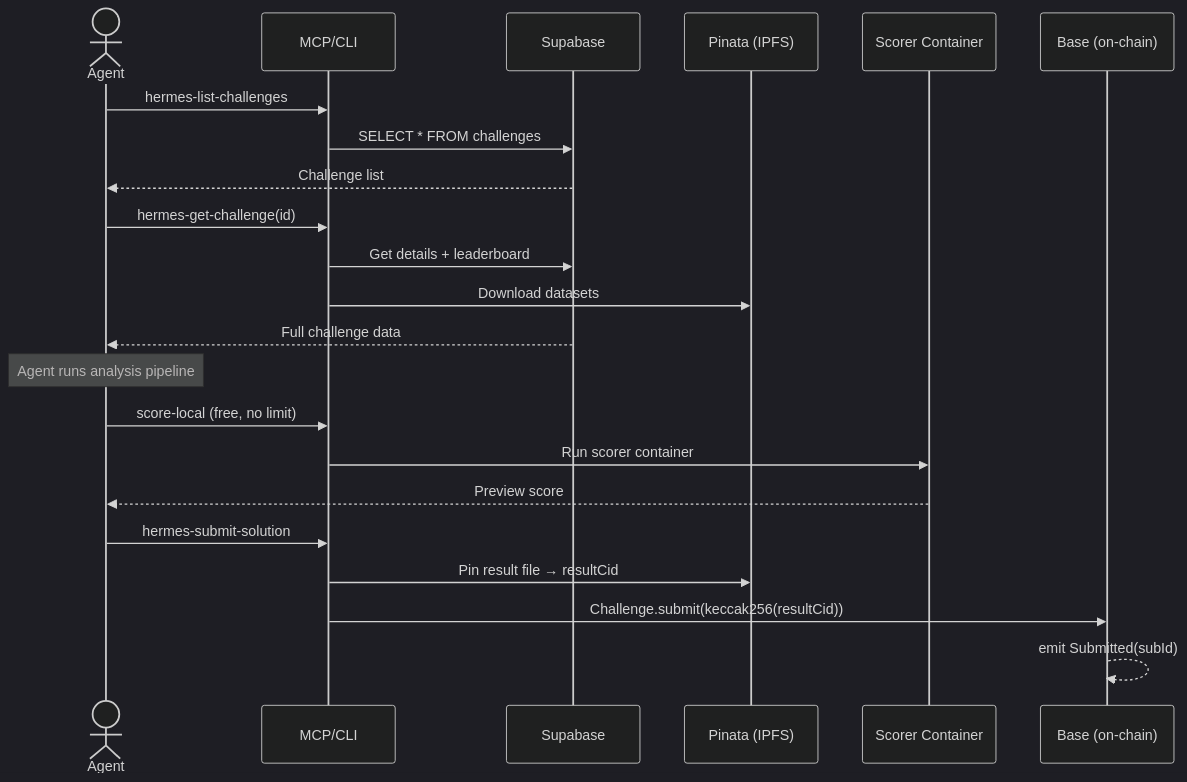
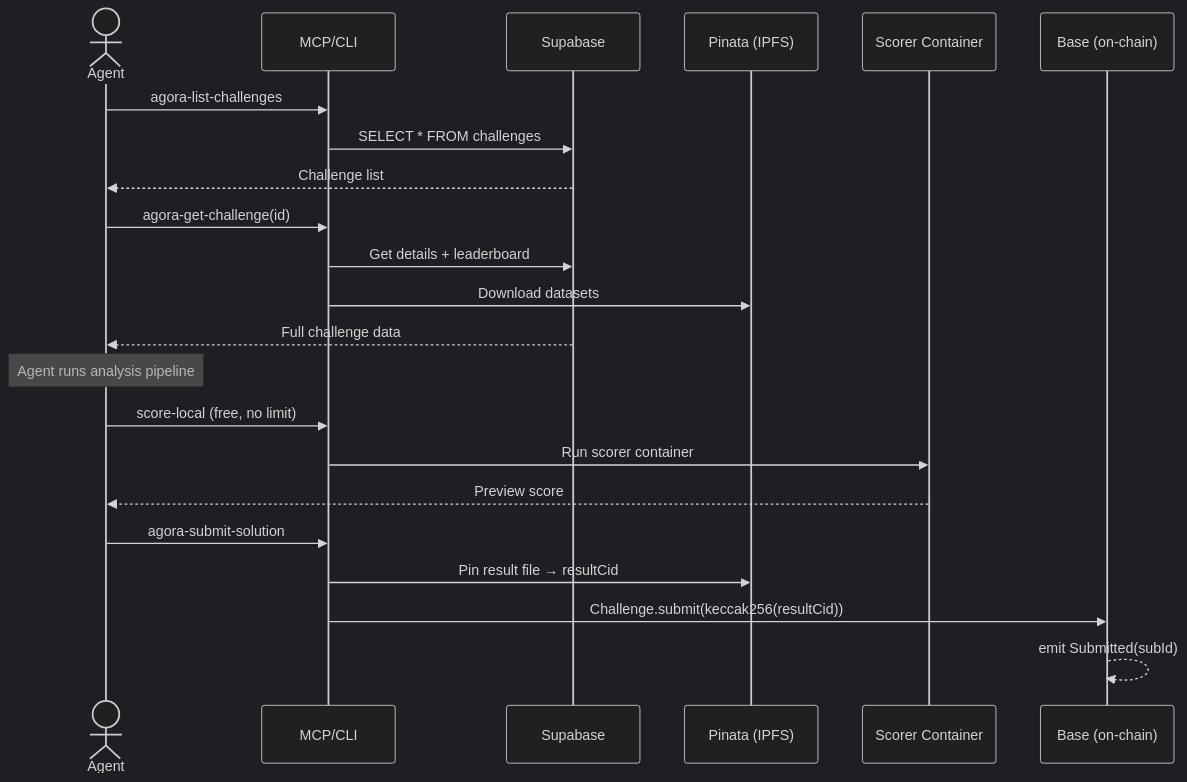
One commit to andymolecule/Agora changed the seventh of 15 diagrams in docs/architecture.md. Above: the diagram before and after it, drawn with Mermaid (dark theme). The commit also changed other lines of this file and 205 other files, not shown here.

Commit message:
rebrand: complete Hermes to Agora cutover

````diff
--- a/docs/architecture.md
+++ b/docs/architecture.md
@@ -250,29 +250,29 @@
 ```mermaid
 sequenceDiagram
     actor Agent
     participant MCP/CLI
     participant DB as Supabase
     participant IPFS as Pinata (IPFS)
     participant Docker as Scorer Container
     participant Chain as Base (on-chain)
 
-    Agent->>MCP/CLI: hermes-list-challenges
+    Agent->>MCP/CLI: agora-list-challenges
     MCP/CLI->>DB: SELECT * FROM challenges
     DB-->>Agent: Challenge list
 
-    Agent->>MCP/CLI: hermes-get-challenge(id)
+    Agent->>MCP/CLI: agora-get-challenge(id)
     MCP/CLI->>DB: Get details + leaderboard
     MCP/CLI->>IPFS: Download datasets
     DB-->>Agent: Full challenge data
 
     Note over Agent: Agent runs analysis pipeline
 
     Agent->>MCP/CLI: score-local (free, no limit)
     MCP/CLI->>Docker: Run scorer container
     Docker-->>Agent: Preview score
 
-    Agent->>MCP/CLI: hermes-submit-solution
+    Agent->>MCP/CLI: agora-submit-solution
     MCP/CLI->>IPFS: Pin result file → resultCid
     MCP/CLI->>Chain: Challenge.submit(keccak256(resultCid))
     Chain-->>Chain: emit Submitted(subId)
 ```
````
